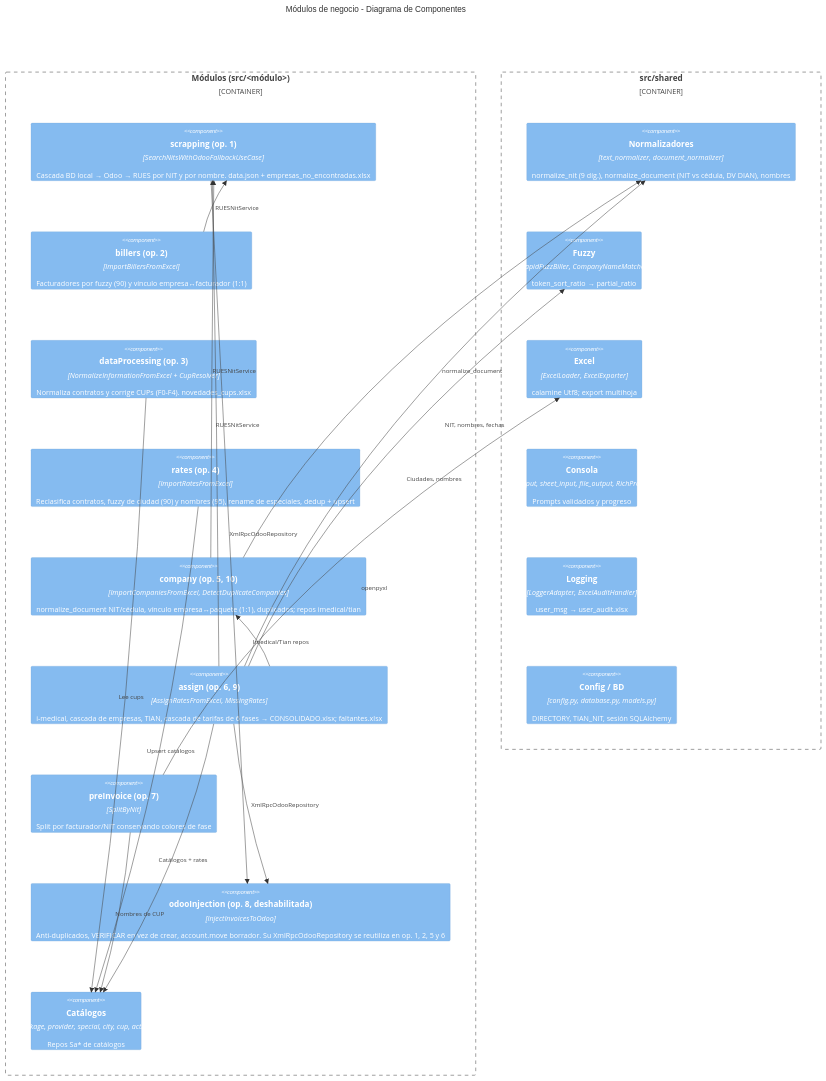
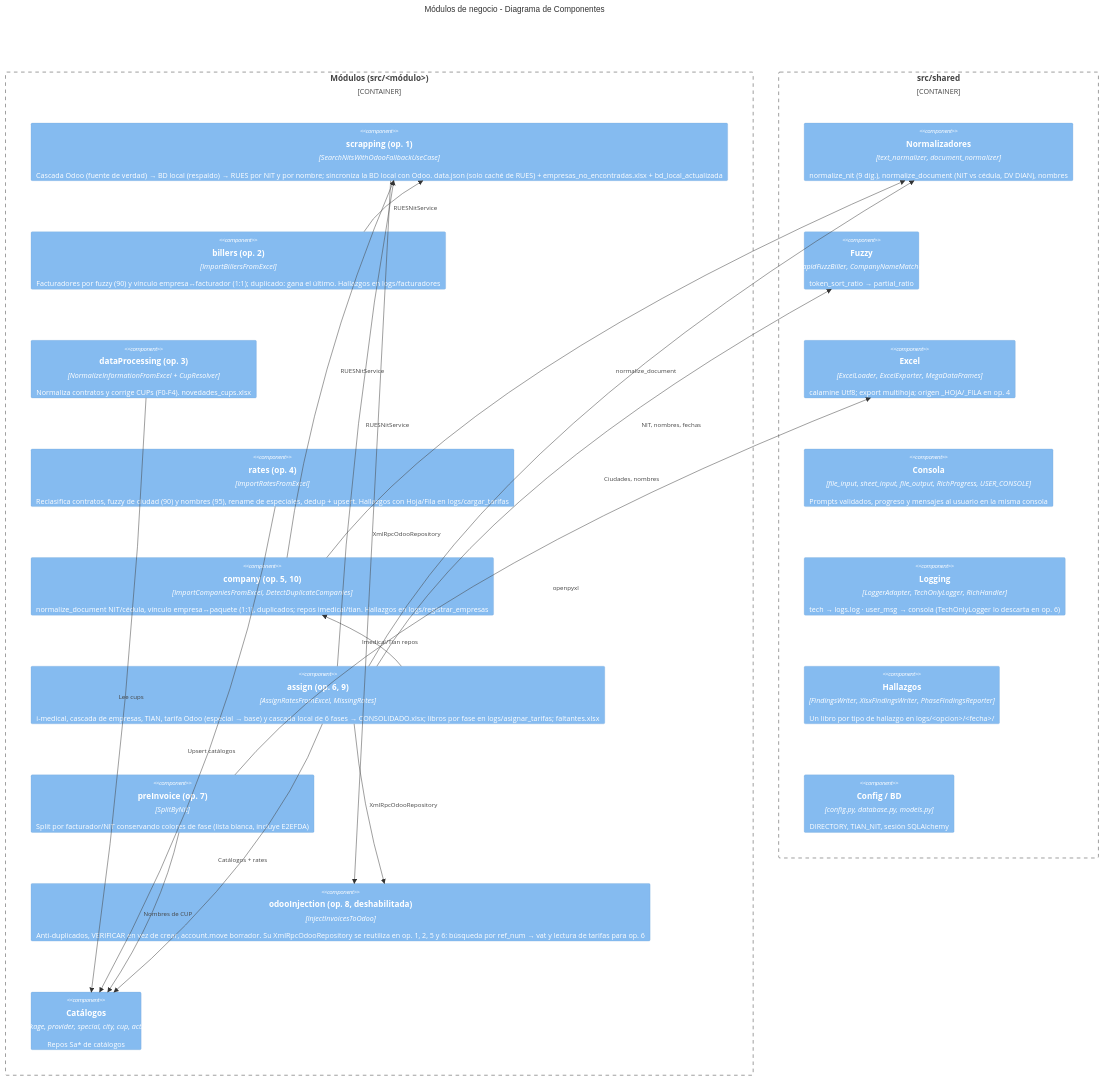
Before and after one commit to santo2409/Facturacion: the third of 12 diagrams in docs/c4-diagrams.md, drawn with Mermaid.

Commit message:
docs(docs): update c4-diagrams

````diff
--- a/docs/c4-diagrams.md
+++ b/docs/c4-diagrams.md
@@ -86,40 +86,41 @@
 ```mermaid
 C4Component
     title Módulos de negocio - Diagrama de Componentes
 
     Container_Boundary(core, "Módulos (src/<módulo>)") {
-        Component(scrapping, "scrapping (op. 1)", "SearchNitsWithOdooFallbackUseCase", "Cascada BD local → Odoo → RUES por NIT y por nombre. data.json + empresas_no_encontradas.xlsx")
-        Component(billers, "billers (op. 2)", "ImportBillersFromExcel", "Facturadores por fuzzy (90) y vínculo empresa↔facturador (1:1)")
+        Component(scrapping, "scrapping (op. 1)", "SearchNitsWithOdooFallbackUseCase", "Cascada Odoo (fuente de verdad) → BD local (respaldo) → RUES por NIT y por nombre; sincroniza la BD local con Odoo. data.json (solo caché de RUES) + empresas_no_encontradas.xlsx + bd_local_actualizada")
+        Component(billers, "billers (op. 2)", "ImportBillersFromExcel", "Facturadores por fuzzy (90) y vínculo empresa↔facturador (1:1); duplicado: gana el último. Hallazgos en logs/facturadores")
         Component(dataProcessing, "dataProcessing (op. 3)", "NormalizeInformationFromExcel + CupResolver", "Normaliza contratos y corrige CUPs (F0-F4). novedades_cups.xlsx")
-        Component(rates, "rates (op. 4)", "ImportRatesFromExcel", "Reclasifica contratos, fuzzy de ciudad (90) y nombres (95), rename de especiales, dedup + upsert")
-        Component(company, "company (op. 5, 10)", "ImportCompaniesFromExcel, DetectDuplicateCompanies", "normalize_document NIT/cédula, vínculo empresa↔paquete (1:1), duplicados; repos imedical/tian")
-        Component(assign, "assign (op. 6, 9)", "AssignRatesFromExcel, MissingRates", "i-medical, cascada de empresas, TIAN, cascada de tarifas de 6 fases → CONSOLIDADO.xlsx; faltantes.xlsx")
-        Component(preInvoice, "preInvoice (op. 7)", "SplitByNit", "Split por facturador/NIT conservando colores de fase")
-        Component(odooInjection, "odooInjection (op. 8, deshabilitada)", "InjectInvoicesToOdoo", "Anti-duplicados, VERIFICAR en vez de crear, account.move borrador. Su XmlRpcOdooRepository se reutiliza en op. 1, 2, 5 y 6")
+        Component(rates, "rates (op. 4)", "ImportRatesFromExcel", "Reclasifica contratos, fuzzy de ciudad (90) y nombres (95), rename de especiales, dedup + upsert. Hallazgos con Hoja/Fila en logs/cargar_tarifas")
+        Component(company, "company (op. 5, 10)", "ImportCompaniesFromExcel, DetectDuplicateCompanies", "normalize_document NIT/cédula, vínculo empresa↔paquete (1:1), duplicados; repos imedical/tian. Hallazgos en logs/registrar_empresas")
+        Component(assign, "assign (op. 6, 9)", "AssignRatesFromExcel, MissingRates", "i-medical, cascada de empresas, TIAN, tarifa Odoo (especial → base) y cascada local de 6 fases → CONSOLIDADO.xlsx; libros por fase en logs/asignar_tarifas; faltantes.xlsx")
+        Component(preInvoice, "preInvoice (op. 7)", "SplitByNit", "Split por facturador/NIT conservando colores de fase (lista blanca, incluye E2EFDA)")
+        Component(odooInjection, "odooInjection (op. 8, deshabilitada)", "InjectInvoicesToOdoo", "Anti-duplicados, VERIFICAR en vez de crear, account.move borrador. Su XmlRpcOdooRepository se reutiliza en op. 1, 2, 5 y 6: búsqueda por ref_num → vat y lectura de tarifas para op. 6")
         Component(catalogs, "Catálogos", "package, provider, special, city, cup, activity", "Repos Sa* de catálogos")
     }
 
     Container_Boundary(shared, "src/shared") {
         Component(normalizers, "Normalizadores", "text_normalizer, document_normalizer", "normalize_nit (9 díg.), normalize_document (NIT vs cédula, DV DIAN), nombres")
         Component(fuzz, "Fuzzy", "RapidFuzzBiller, CompanyNameMatcher", "token_sort_ratio → partial_ratio")
-        Component(excel_io, "Excel", "ExcelLoader, ExcelExporter", "calamine Utf8; export multihoja")
-        Component(console, "Consola", "file_input, sheet_input, file_output, RichProgress", "Prompts validados y progreso")
-        Component(logging, "Logging", "LoggerAdapter, ExcelAuditHandler", "user_msg → user_audit.xlsx")
+        Component(excel_io, "Excel", "ExcelLoader, ExcelExporter, MegaDataFrames", "calamine Utf8; export multihoja; origen _HOJA/_FILA en op. 4")
+        Component(console, "Consola", "file_input, sheet_input, file_output, RichProgress, USER_CONSOLE", "Prompts validados, progreso y mensajes al usuario en la misma consola")
+        Component(logging, "Logging", "LoggerAdapter, TechOnlyLogger, RichHandler", "tech → logs.log · user_msg → consola (TechOnlyLogger lo descarta en op. 6)")
+        Component(reporting, "Hallazgos", "FindingsWriter, XlsxFindingsWriter, PhaseFindingsReporter", "Un libro por tipo de hallazgo en logs/<opcion>/<fecha>/")
         Component(config, "Config / BD", "config.py, database.py, models.py", "DIRECTORY, TIAN_NIT, sesión SQLAlchemy")
     }
 
     Rel(scrapping, odooInjection, "XmlRpcOdooRepository")
     Rel(billers, scrapping, "RUESNitService")
     Rel(company, scrapping, "RUESNitService")
     Rel(assign, scrapping, "RUESNitService")
     Rel(assign, odooInjection, "XmlRpcOdooRepository")
     Rel(assign, company, "Imedical/Tian repos")
     Rel(assign, catalogs, "Catálogos + rates")
     Rel(rates, catalogs, "Upsert catálogos")
     Rel(dataProcessing, catalogs, "Lee cups")
     Rel(preInvoice, catalogs, "Nombres de CUP")
     Rel(assign, normalizers, "NIT, nombres, fechas")
     Rel(company, normalizers, "normalize_document")
     Rel(assign, fuzz, "Ciudades, nombres")
     Rel(preInvoice, excel_io, "openpyxl")
 ```
````
